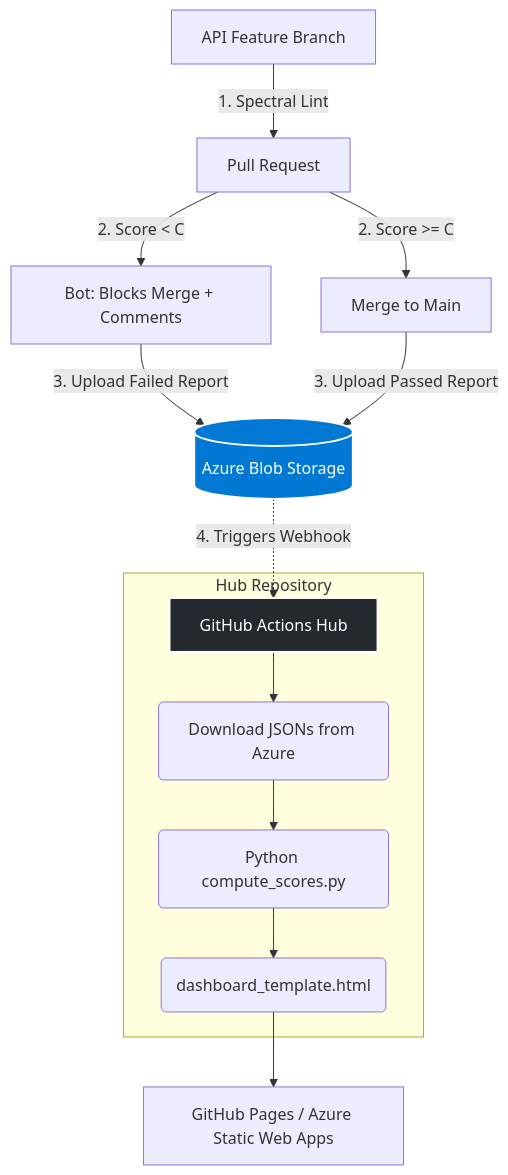
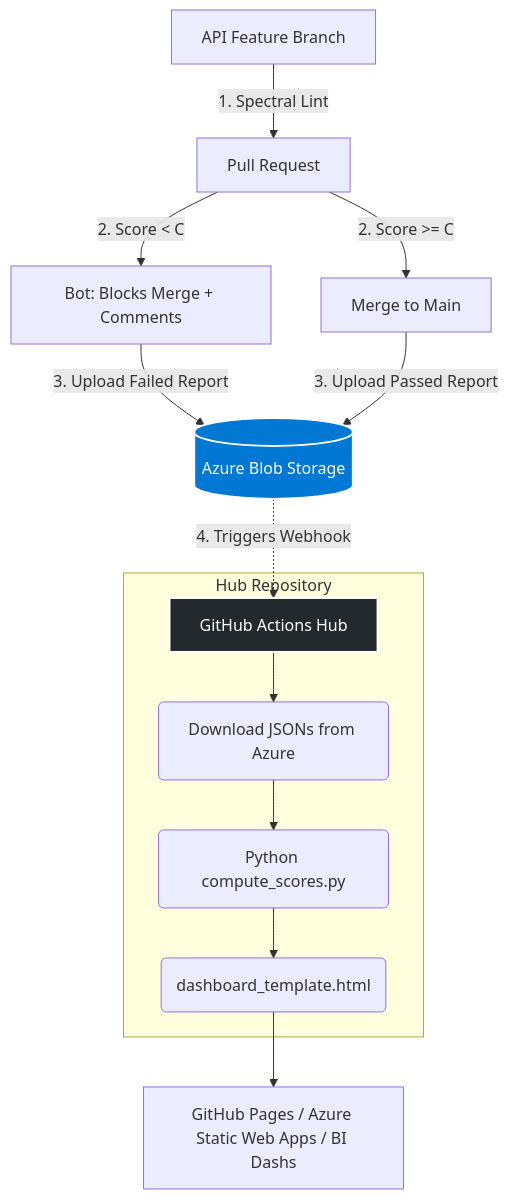
The diagram in README.md (azammel-reply/central-hub-gouv-poc), drawn with Mermaid before and after one commit.

````diff
--- a/README.md
+++ b/README.md
@@ -141,22 +141,22 @@
 ```mermaid
 graph TD
     classDef azure fill:#0078D4,stroke:#fff,stroke-width:2px,color:#fff;
     classDef git fill:#24292e,stroke:#fff,stroke-width:2px,color:#fff;
     
     A[API Feature Branch] -->|1. Spectral Lint| PR[Pull Request]
     PR -->|2. Score < C | B[Bot: Blocks Merge + Comments]
     PR -->|2. Score >= C | C[Merge to Main]
     
     B -->|3. Upload Failed Report| D[(Azure Blob Storage)]:::azure
     C -->|3. Upload Passed Report| D
     
     D -.->|4. Triggers Webhook| E[GitHub Actions Hub]:::git
     
     subgraph central-hub-gouv-poc [Hub Repository]
     E --> F(Download JSONs from Azure)
     F --> G(Python compute_scores.py)
     G --> H(dashboard_template.html)
     end
     
-    H --> I[GitHub Pages / Azure Static Web Apps]
+    H --> I[GitHub Pages / Azure Static Web Apps / BI Dashs]
 ```
````
